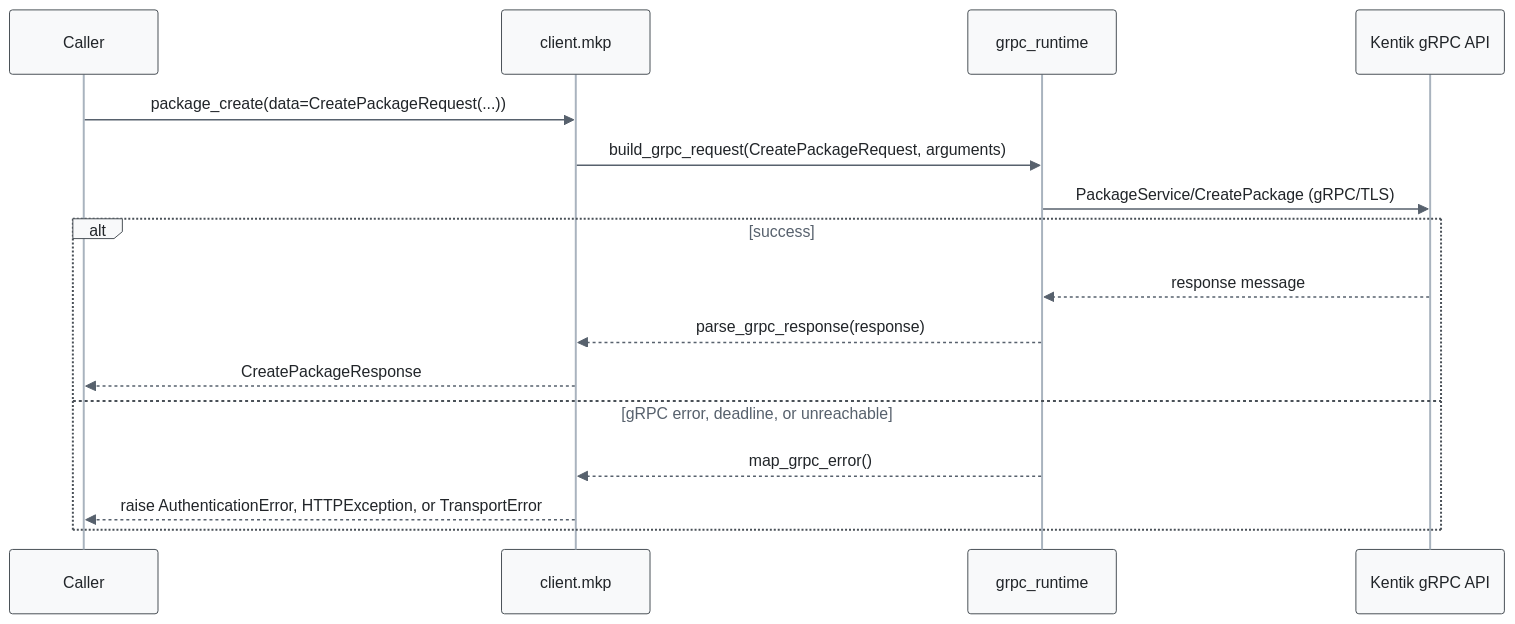
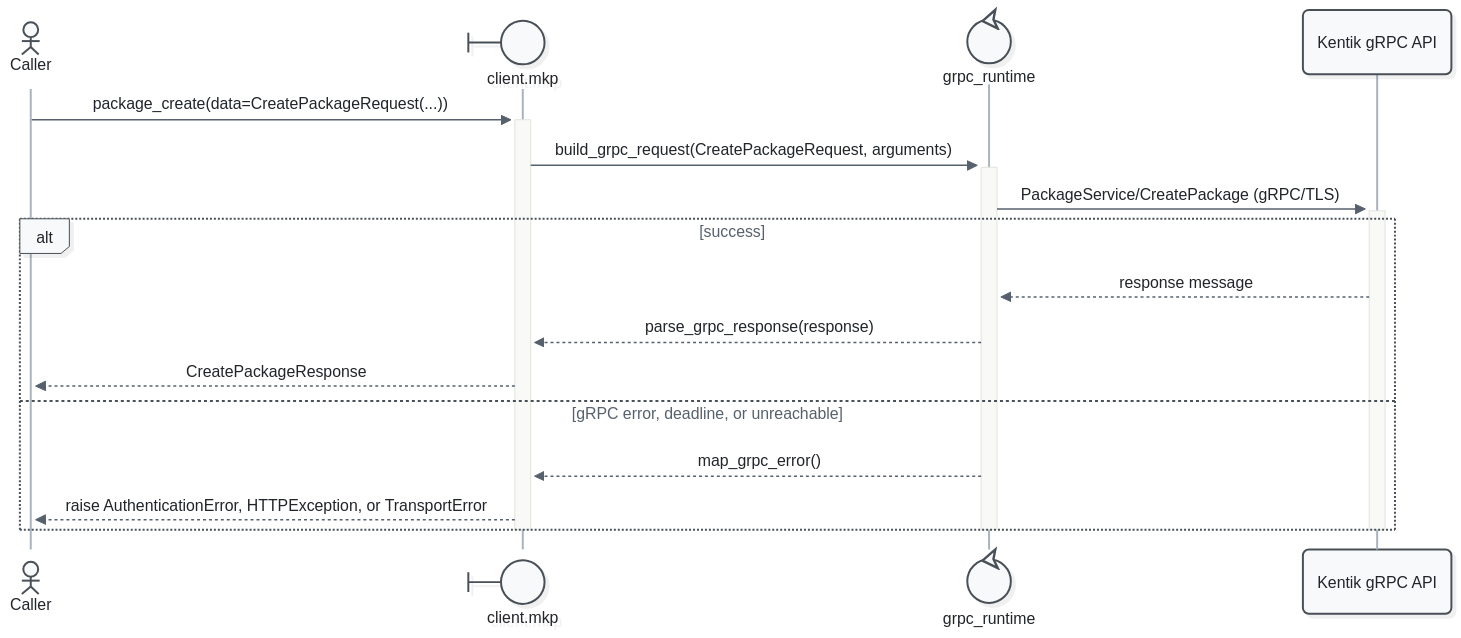
The fourth of 29 diagrams in docs/sphinx/services/mkp.md (alexdearaujo/community_sdk_python), drawn with Mermaid before and after one commit. The commit also changed other lines of this file and 52 other files, not shown here.

First line of the commit message:
docs: Mermaid 12 sequence diagrams with participant types and path colors

````diff
--- a/docs/sphinx/services/mkp.md
+++ b/docs/sphinx/services/mkp.md
@@ -127,20 +134,23 @@
 ```mermaid
-%%{init: {"theme": "base", "fontFamily": "ui-monospace, SFMono-Regular, Menlo, monospace", "themeVariables": {"fontFamily": "ui-monospace, SFMono-Regular, Menlo, monospace", "primaryColor": "#f8f9fa", "primaryBorderColor": "#495057", "primaryTextColor": "#212529", "textColor": "#212529", "lineColor": "#77818c", "edgeLabelBackground": "#ffffff", "actorBkg": "#f8f9fa", "actorBorder": "#495057", "actorTextColor": "#212529", "actorLineColor": "#a9b3be", "signalColor": "#57616d", "signalTextColor": "#212529", "labelBoxBkgColor": "#f8f9fa", "labelBoxBorderColor": "#495057", "labelTextColor": "#212529", "loopTextColor": "#57616d", "noteBkgColor": "#fff9db", "noteBorderColor": "#f08c00", "noteTextColor": "#a35a00"}, "flowchart": {"curve": "step", "nodeSpacing": 30, "rankSpacing": 70, "wrappingWidth": 400}}}%%
+%%{init: {"theme": "redux", "look": "neo", "layout": "dagre", "fontFamily": "ui-monospace, SFMono-Regular, Menlo, monospace", "themeVariables": {"fontFamily": "ui-monospace, SFMono-Regular, Menlo, monospace", "primaryColor": "#f8f9fa", "primaryBorderColor": "#495057", "primaryTextColor": "#212529", "textColor": "#212529", "lineColor": "#77818c", "edgeLabelBackground": "#ffffff", "actorBkg": "#f8f9fa", "actorBorder": "#495057", "actorTextColor": "#212529", "actorLineColor": "#a9b3be", "signalColor": "#57616d", "signalTextColor": "#212529", "labelBoxBkgColor": "#f8f9fa", "labelBoxBorderColor": "#495057", "labelTextColor": "#212529", "loopTextColor": "#57616d", "noteBkgColor": "#fff9db", "noteBorderColor": "#f08c00", "noteTextColor": "#a35a00"}, "sequence": {"activationWidth": 16}, "flowchart": {"curve": "step", "nodeSpacing": 30, "rankSpacing": 70, "wrappingWidth": 400}}}%%
 sequenceDiagram
-    participant C as Caller
-    participant W as client.mkp
-    participant R as grpc_runtime
+    actor C as Caller
+    participant W@{ "type": "boundary" } as client.mkp
+    participant R@{ "type": "control" } as grpc_runtime
     participant API as Kentik gRPC API
 
-    C->>W: package_create(data=CreatePackageRequest(...))
-    W->>R: build_grpc_request(CreatePackageRequest, arguments)
-    R->>API: PackageService/CreatePackage (gRPC/TLS)
+    C->>+W: package_create(data=CreatePackageRequest(...))
+    W->>+R: build_grpc_request(CreatePackageRequest, arguments)
+    R->>+API: PackageService/CreatePackage (gRPC/TLS)
     alt success
         API-->>R: response message
         R-->>W: parse_grpc_response(response)
         W-->>C: CreatePackageResponse
     else gRPC error, deadline, or unreachable
         R-->>W: map_grpc_error()
         W-->>C: raise AuthenticationError, HTTPException, or TransportError
     end
+    deactivate API
+    deactivate R
+    deactivate W
 ```
````
